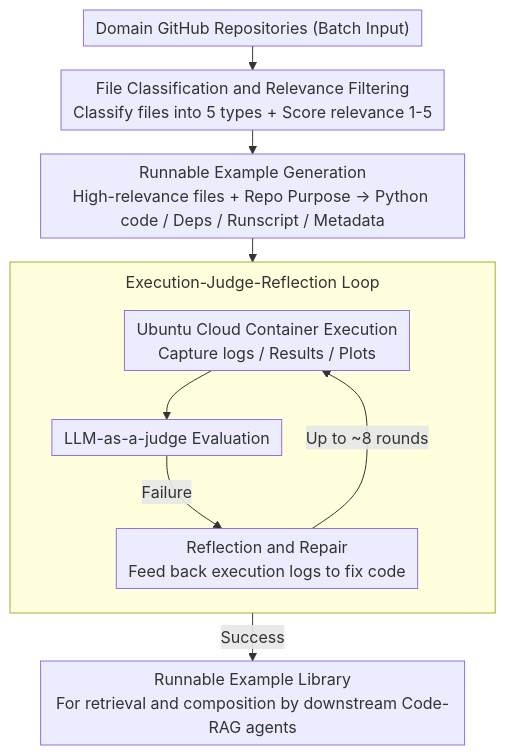
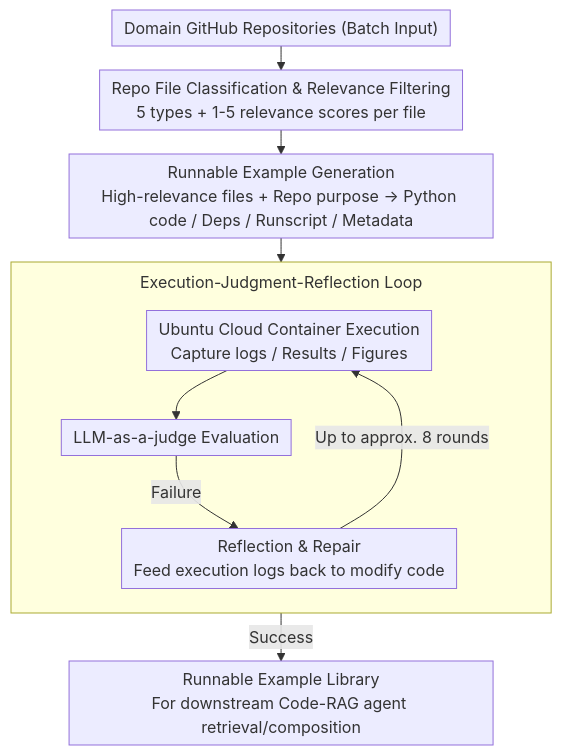
The diagram in docs/ACL2026/code_intelligence/codedistiller_automatically_generating_code_libraries_for_scientific_coding_agen.md (zhaoyang97/Paper-Notes-en), drawn with Mermaid before and after one commit. The commit also changed other lines of this file and 5084 other files, not shown here.

````diff
--- a/docs/ACL2026/code_intelligence/codedistiller_automatically_generating_code_libraries_for_scientific_coding_agen.md
+++ b/docs/ACL2026/code_intelligence/codedistiller_automatically_generating_code_libraries_for_scientific_coding_agen.md
@@ -43,17 +43,17 @@
 ```mermaid
 %%{init: {'flowchart': {'rankSpacing': 24, 'nodeSpacing': 28, 'padding': 6, 'wrappingWidth': 400, 'subGraphTitleMargin': {'top': 8, 'bottom': 16}}}}%%
 flowchart TD
-    A["Domain GitHub Repositories (Batch Input)"] --> B["File Classification and Relevance Filtering<br/>Classify files into 5 types + Score relevance 1-5"]
-    B --> C["Runnable Example Generation<br/>High-relevance files + Repo Purpose → Python code / Deps / Runscript / Metadata"]
-    subgraph LOOP["Execution-Judge-Reflection Loop"]
+    A["Domain GitHub Repositories (Batch Input)"] --> B["Repo File Classification & Relevance Filtering<br/>5 types + 1-5 relevance scores per file"]
+    B --> C["Runnable Example Generation<br/>High-relevance files + Repo purpose → Python code / Deps / Runscript / Metadata"]
+    subgraph LOOP["Execution-Judgment-Reflection Loop"]
         direction TB
-        D["Ubuntu Cloud Container Execution<br/>Capture logs / Results / Plots"]
+        D["Ubuntu Cloud Container Execution<br/>Capture logs / Results / Figures"]
         E["LLM-as-a-judge Evaluation"]
-        G["Reflection and Repair<br/>Feed back execution logs to fix code"]
+        G["Reflection & Repair<br/>Feed execution logs back to modify code"]
         D --> E
         E -->|Failure| G
-        G -->|Up to ~8 rounds| D
+        G -->|Up to approx. 8 rounds| D
     end
     C --> D
-    E -->|Success| F["Runnable Example Library<br/>For retrieval and composition by downstream Code-RAG agents"]
+    E -->|Success| F["Runnable Example Library<br/>For downstream Code-RAG agent retrieval/composition"]
 ```
````
